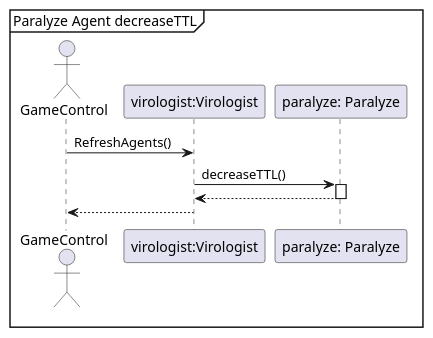
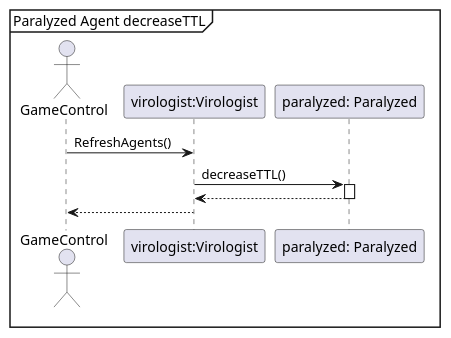
One commit to Projlab-csb/projlab-virologus changed the diagram in Exact Sequence-diagrams/ParalyzeAgentTTL.puml. Above: the diagram before and after it, drawn with PlantUML. The commit also changed 16 other files, not shown here.

```diff
--- a/Exact Sequence-diagrams/ParalyzeAgentTTL.puml
+++ b/Exact Sequence-diagrams/ParalyzeAgentTTL.puml
@@ -1,17 +1,17 @@
 @startuml
 'https://plantuml.com/sequence-diagram
 
-mainframe Paralyze Agent decreaseTTL
+mainframe Paralyzed Agent decreaseTTL
 
 actor GameControl
 
 
 GameControl->"virologist:Virologist": RefreshAgents()
-    "virologist:Virologist"->"paralyze: Paralyze":decreaseTTL()
-    Activate "paralyze: Paralyze"
-    "paralyze: Paralyze"-->"virologist:Virologist" --
+    "virologist:Virologist"->"paralyzed: Paralyzed":decreaseTTL()
+    Activate "paralyzed: Paralyzed"
+    "paralyzed: Paralyzed"-->"virologist:Virologist" --
 "virologist:Virologist"-->GameControl
 
 
 
 @enduml
```
